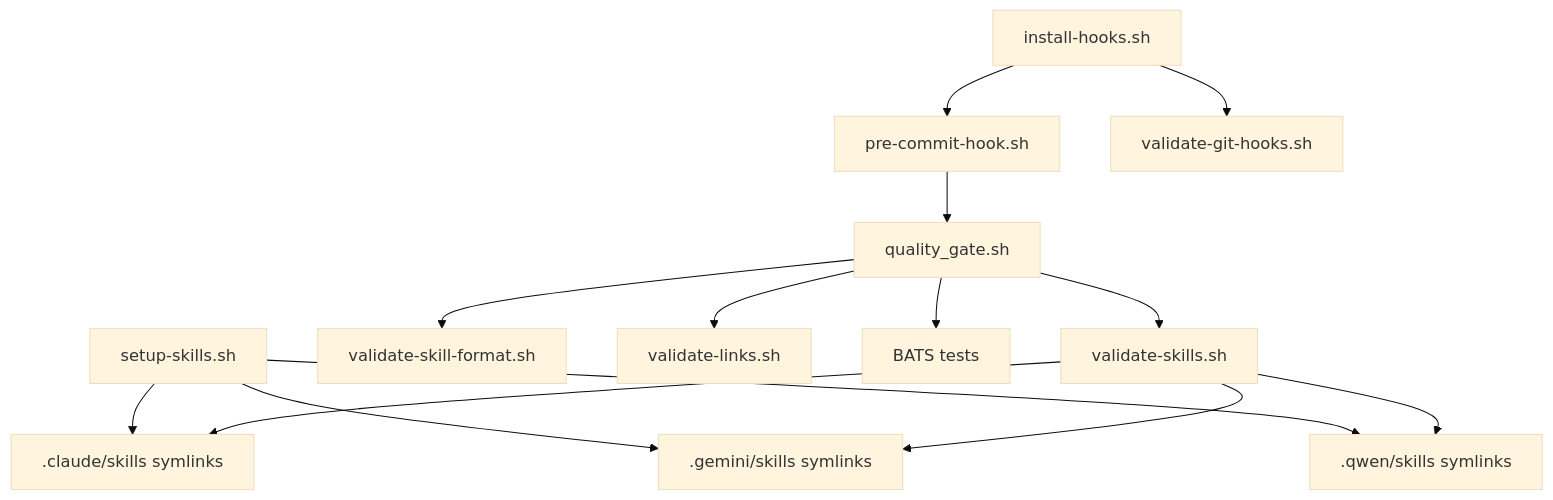
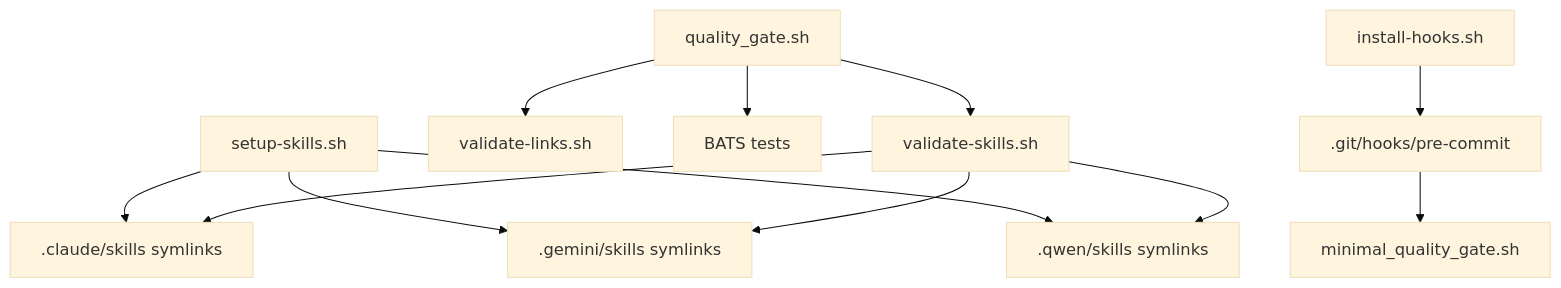
The diagram in agents-docs/SCRIPTS.md (d-oit/do-knowledge-studio), drawn with Mermaid (base theme) before and after one commit. The commit also changed other lines of this file and 13 other files, not shown here.

````diff
--- a/agents-docs/SCRIPTS.md
+++ b/agents-docs/SCRIPTS.md
@@ -74,16 +65,14 @@
 ```mermaid
 graph TD
     A[quality_gate.sh] --> B[validate-skills.sh]
-    A --> C[validate-skill-format.sh]
     A --> D[validate-links.sh]
     A --> E[BATS tests]
-    G[install-hooks.sh] --> H[pre-commit-hook.sh]
-    G --> I[validate-git-hooks.sh]
-    H --> A
+    G[install-hooks.sh] --> H[.git/hooks/pre-commit]
+    H --> M[minimal_quality_gate.sh]
     J[setup-skills.sh] --> K[.claude/skills symlinks]
     J --> L[.gemini/skills symlinks]
-    J --> M[.qwen/skills symlinks]
+    J --> P[.qwen/skills symlinks]
     B --> K
     B --> L
-    B --> M
+    B --> P
 ```
````
